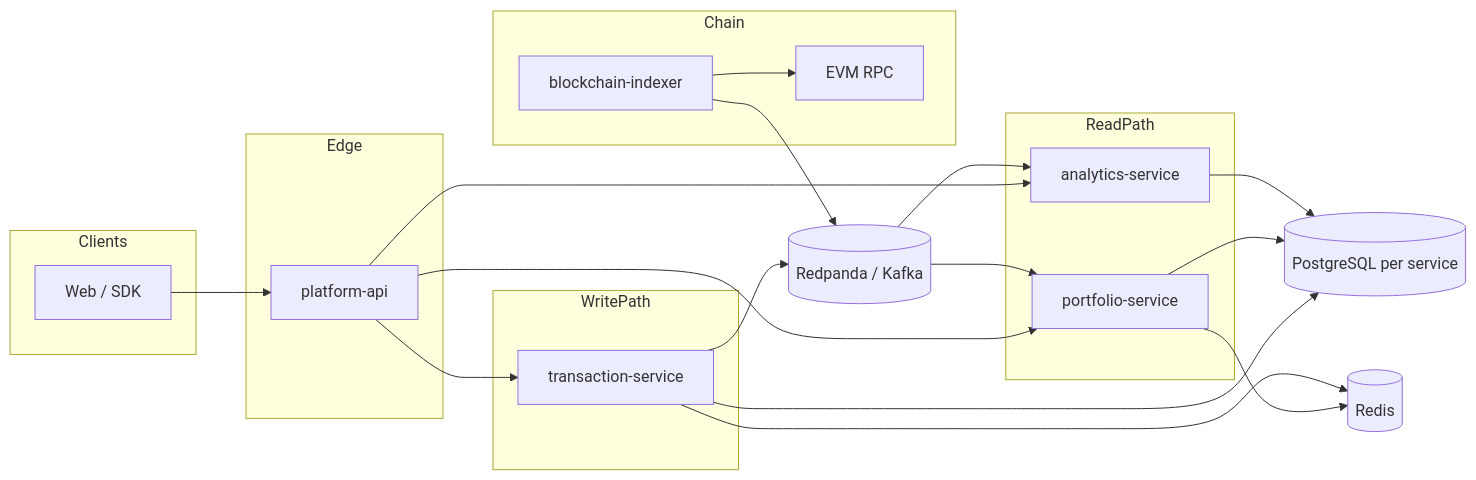
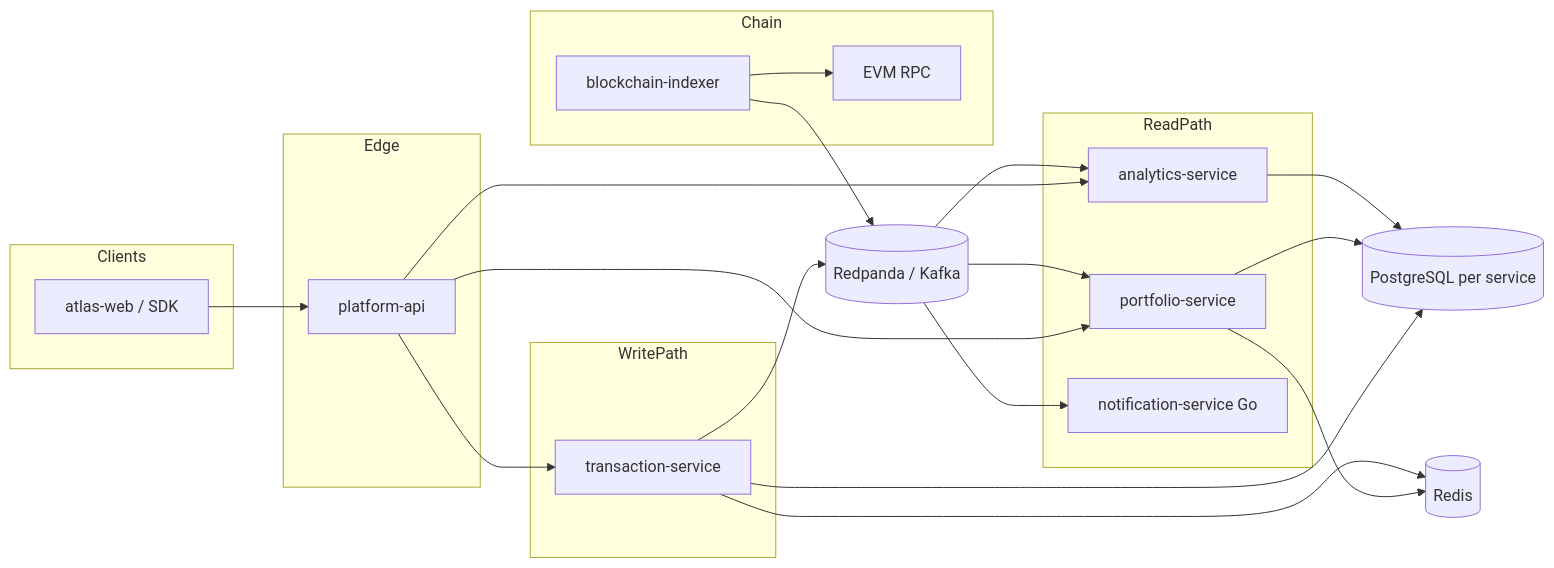
The diagram in README.md (0xmmiller/architecture), drawn with Mermaid before and after one commit. The commit also changed other lines of this file and 2 other files, not shown here.

Commit message:
docs(adr): record Go notification plane

````diff
--- a/README.md
+++ b/README.md
@@ -32,43 +32,45 @@
 ```mermaid
 flowchart LR
   subgraph Clients
-    App[Web / SDK]
+    App[atlas-web / SDK]
   end
 
   subgraph Edge
     API[platform-api]
   end
 
   subgraph WritePath
     Tx[transaction-service]
   end
 
   subgraph Chain
     Idx[blockchain-indexer]
     RPC[EVM RPC]
   end
 
   subgraph ReadPath
     Port[portfolio-service]
     An[analytics-service]
+    Ntf[notification-service Go]
   end
 
   Bus[(Redpanda / Kafka)]
   PG[(PostgreSQL per service)]
   RD[(Redis)]
 
   App --> API
   API --> Tx
   API --> Port
   API --> An
   Tx --> Bus
   Idx --> RPC
   Idx --> Bus
   Bus --> Port
   Bus --> An
+  Bus --> Ntf
   Tx --> PG
   Port --> PG
   An --> PG
   Port --> RD
   Tx --> RD
 ```
````
